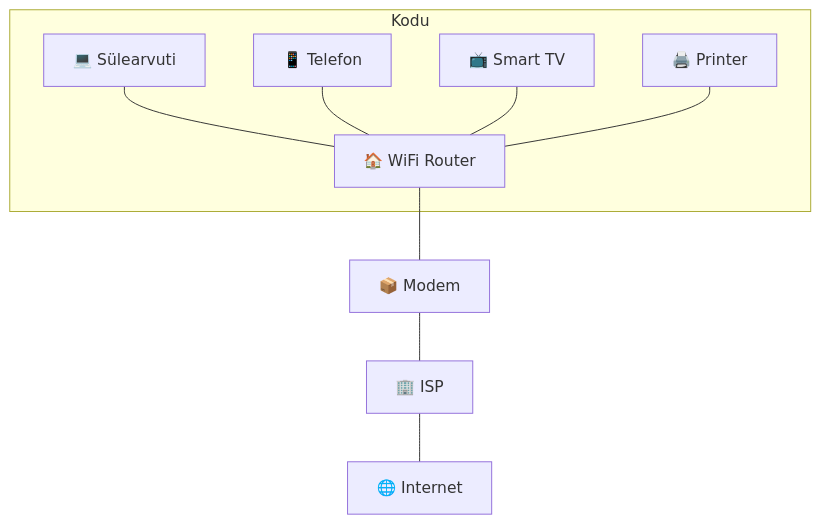
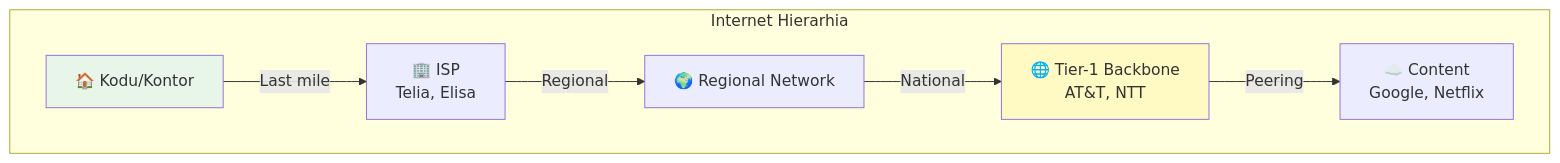
Before and after one commit to mtalvik/av_alused: diagram 16 of 20 in Lecture/loeng2.md, drawn with Mermaid. The commit also changed other lines of this file, not shown here.

````diff
--- a/Lecture/loeng2.md
+++ b/Lecture/loeng2.md
@@ -194,13 +480,18 @@
 ```mermaid
 graph TB
-    subgraph Kodu[Kodu]
-        A[💻 Sülearvuti] --- B[🏠 WiFi Router]
-        C[📱 Telefon] --- B
-        D[📺 Smart TV] --- B
-        E[🖨️ Printer] --- B
+    subgraph "Internet Hierarhia"
+        A[🏠 Kodu/Kontor]
+        B[🏢 ISP<br/>Telia, Elisa]
+        C[🌍 Regional Network]
+        D[🌐 Tier-1 Backbone<br/>AT&T, NTT]
+        E[☁️ Content<br/>Google, Netflix]
     end
     
-    B --- F[📦 Modem]
-    F --- G[🏢 ISP]
-    G --- H[🌐 Internet]
+    A -->|Last mile| B
+    B -->|Regional| C
+    C -->|National| D
+    D -->|Peering| E
+    
+    style A fill:#e8f5e9
+    style D fill:#fff9c4
 ```
````
